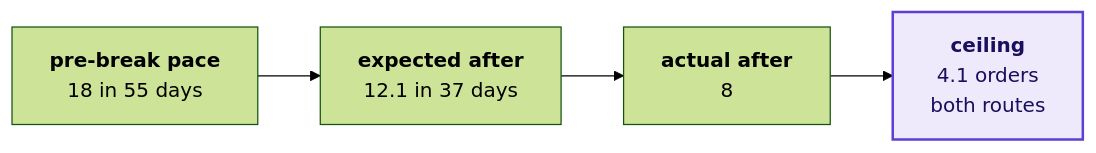
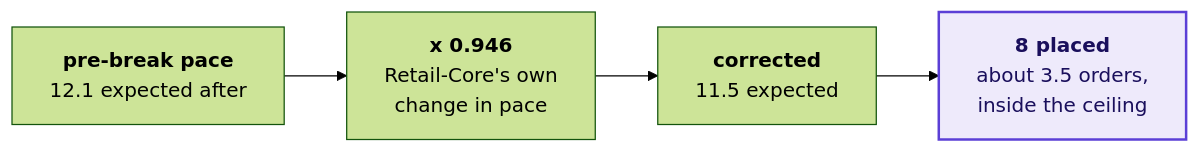
One commit to fde-academy-lab/c2-content-factory changed the fifth of 11 diagrams in content/W01/D2/slides/C2_W01_D02_half2_STUDENT.md. Above: the diagram before and after it, drawn with Mermaid (forest theme). The commit also changed other lines of this file and 13 other files, not shown here.

First line of the commit message:
W01/D2: both decks rebuilt with the merged builder, so the afternoon's chapter 6 opener prints 06; the decks and day sheet carry the new second routes and the second case, lose Berkeley and the small-base lines, and gloss the business terms

````diff
--- a/content/W01/D2/slides/C2_W01_D02_half2_STUDENT.md
+++ b/content/W01/D2/slides/C2_W01_D02_half2_STUDENT.md
@@ -192,8 +192,8 @@
 ```mermaid
 flowchart LR
-    P["<b>pre-break pace</b><br/>18 in 55 days"] --> E["<b>expected after</b><br/>12.1 in 37 days"]
-    E --> A["<b>actual after</b><br/>8"]
-    A --> C["<b>ceiling</b><br/>4.1 orders<br/>both routes"]
+    P["<b>pre-break pace</b><br/>12.1 expected after"] --> R["<b>x 0.946</b><br/>Retail-Core's own<br/>change in pace"]
+    R --> E["<b>corrected</b><br/>11.5 expected"]
+    E --> C["<b>8 placed</b><br/>about 3.5 orders,<br/>inside the ceiling"]
     classDef known fill:#EEEAFB,stroke:#5B3FD6,color:#1A0F5C,stroke-width:2px
     class C known
 ```
````
